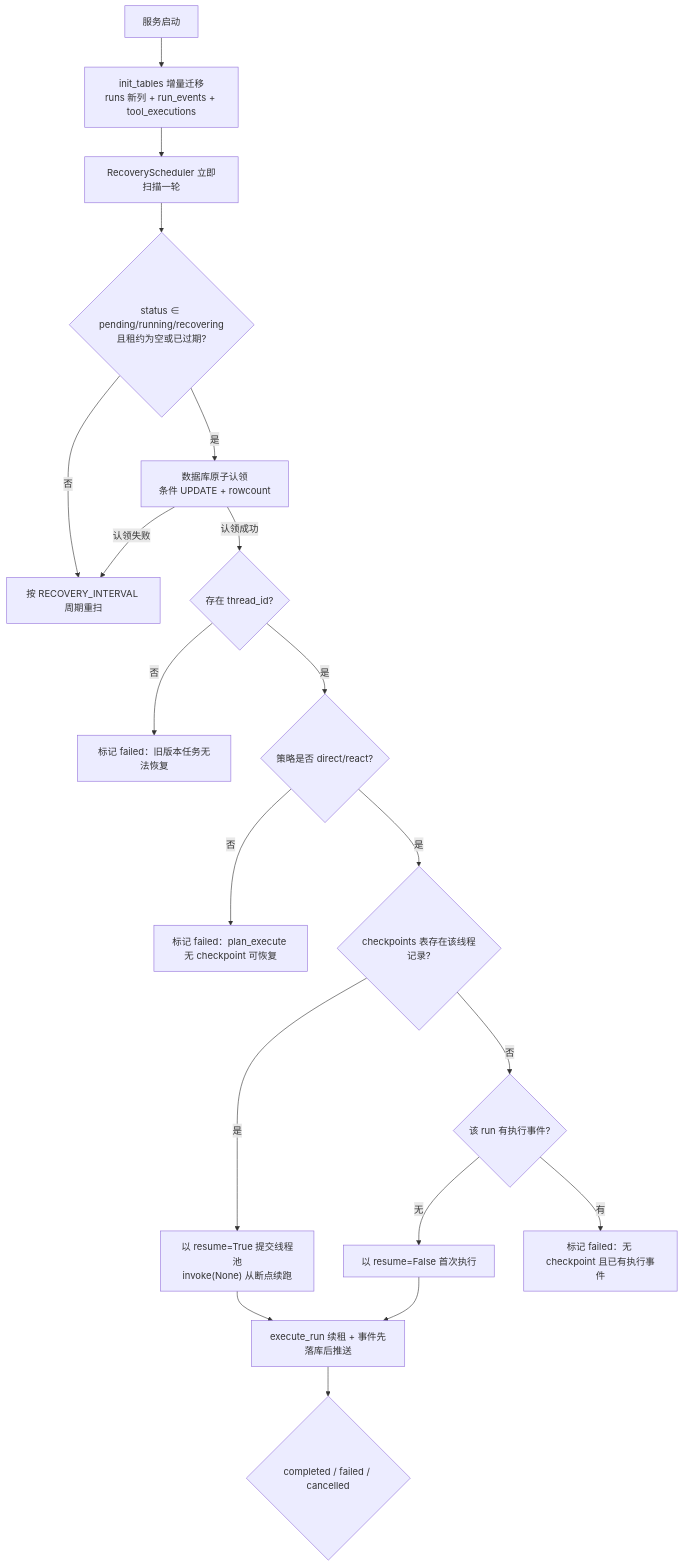
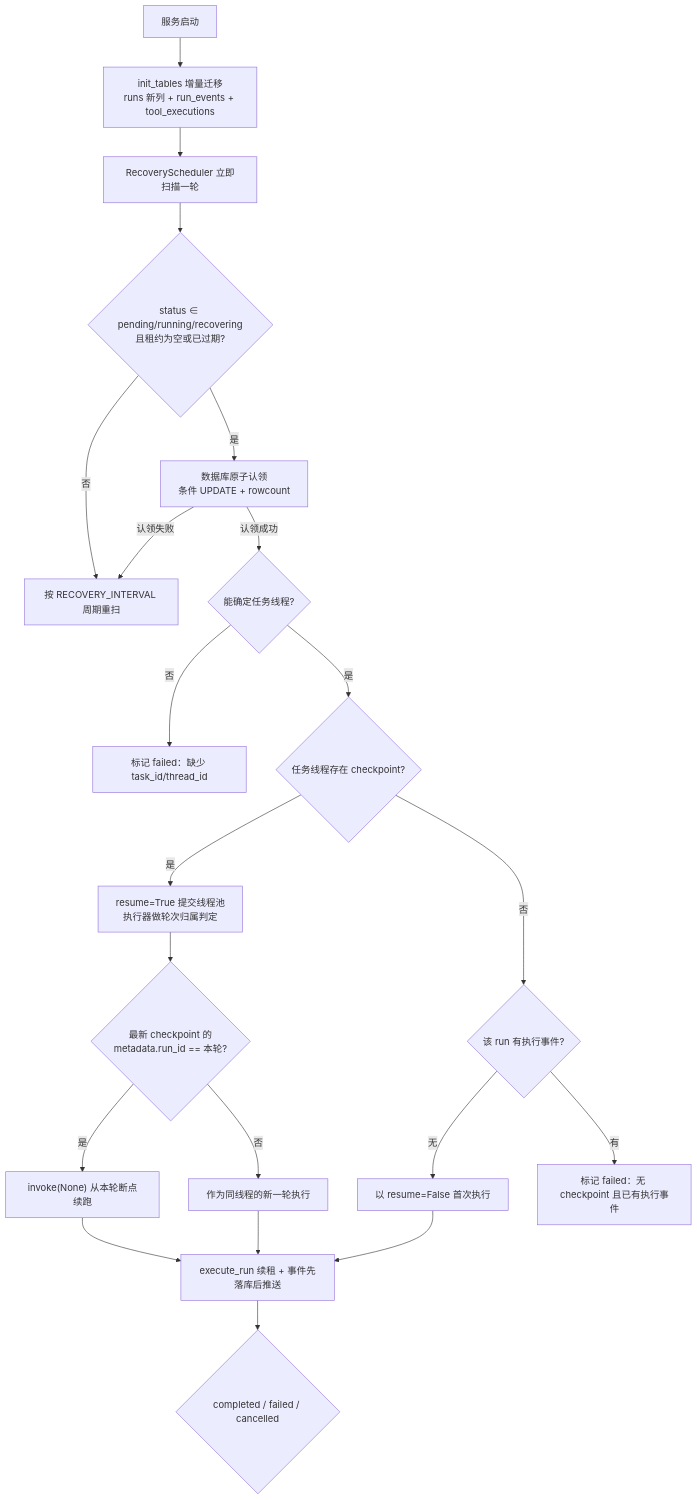
One commit to cmyorangeCoding/CodeInsight-Agent changed the second of 2 diagrams in README.md. Above: the diagram before and after it, drawn with Mermaid. The commit also changed other lines of this file and 14 other files, not shown here.

````diff
--- a/README.md
+++ b/README.md
@@ -198,21 +207,23 @@
 ```mermaid
 flowchart TD
     S[服务启动] --> I[init_tables 增量迁移<br/>runs 新列 + run_events + tool_executions]
     I --> R[RecoveryScheduler 立即扫描一轮]
     R --> Q{status ∈ pending/running/recovering<br/>且租约为空或已过期?}
     Q -->|否| W[按 RECOVERY_INTERVAL 周期重扫]
     Q -->|是| C[数据库原子认领<br/>条件 UPDATE + rowcount]
     C -->|认领失败| W
-    C -->|认领成功| T{存在 thread_id?}
-    T -->|否| F[标记 failed：旧版本任务无法恢复]
-    T -->|是| P{策略是否 direct/react?}
-    P -->|否| F2[标记 failed：plan_execute 无 checkpoint 可恢复]
-    P -->|是| K{checkpoints 表存在该线程记录?}
-    K -->|是| RS["以 resume=True 提交线程池<br/>invoke(None) 从断点续跑"]
+    C -->|认领成功| T{能确定任务线程?}
+    T -->|否| F[标记 failed：缺少 task_id/thread_id]
+    T -->|是| K{任务线程存在 checkpoint?}
+    K -->|是| RS["resume=True 提交线程池<br/>执行器做轮次归属判定"]
+    RS --> D{最新 checkpoint 的<br/>metadata.run_id == 本轮?}
+    D -->|是| RR["invoke(None) 从本轮断点续跑"]
+    D -->|否| FR2[作为同线程的新一轮执行]
     K -->|否| E{该 run 有执行事件?}
     E -->|无| FR[以 resume=False 首次执行]
     E -->|有| F3[标记 failed：无 checkpoint 且已有执行事件]
-    RS --> X[execute_run 续租 + 事件先落库后推送]
+    RR --> X[execute_run 续租 + 事件先落库后推送]
+    FR2 --> X
     FR --> X
     X --> Z{completed / failed / cancelled}
 ```
````
